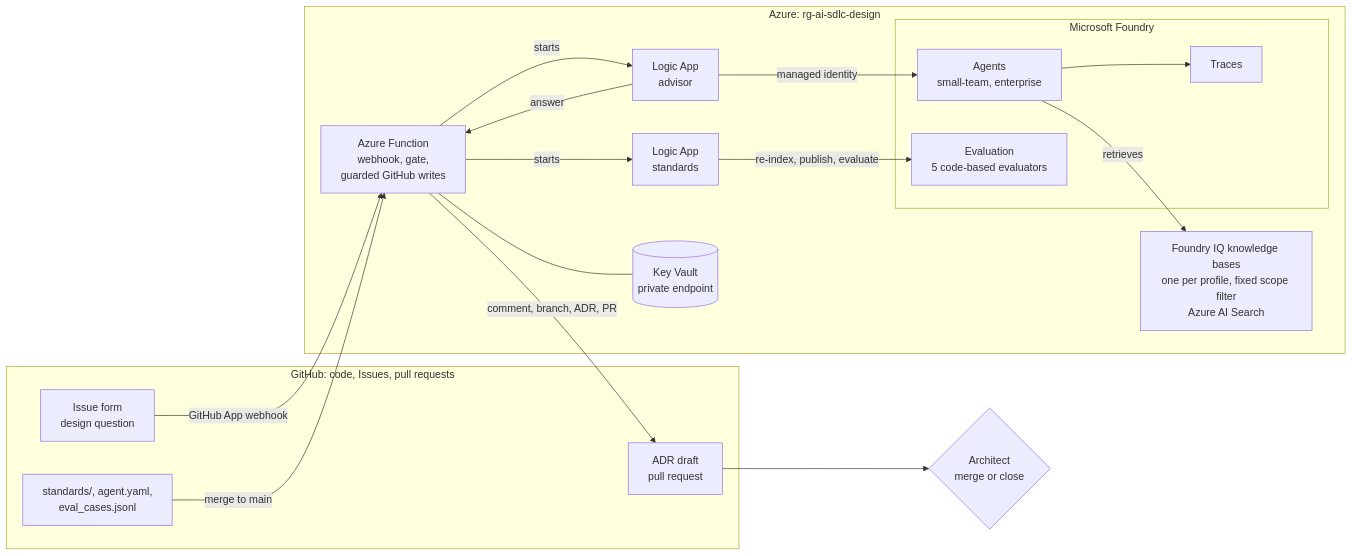
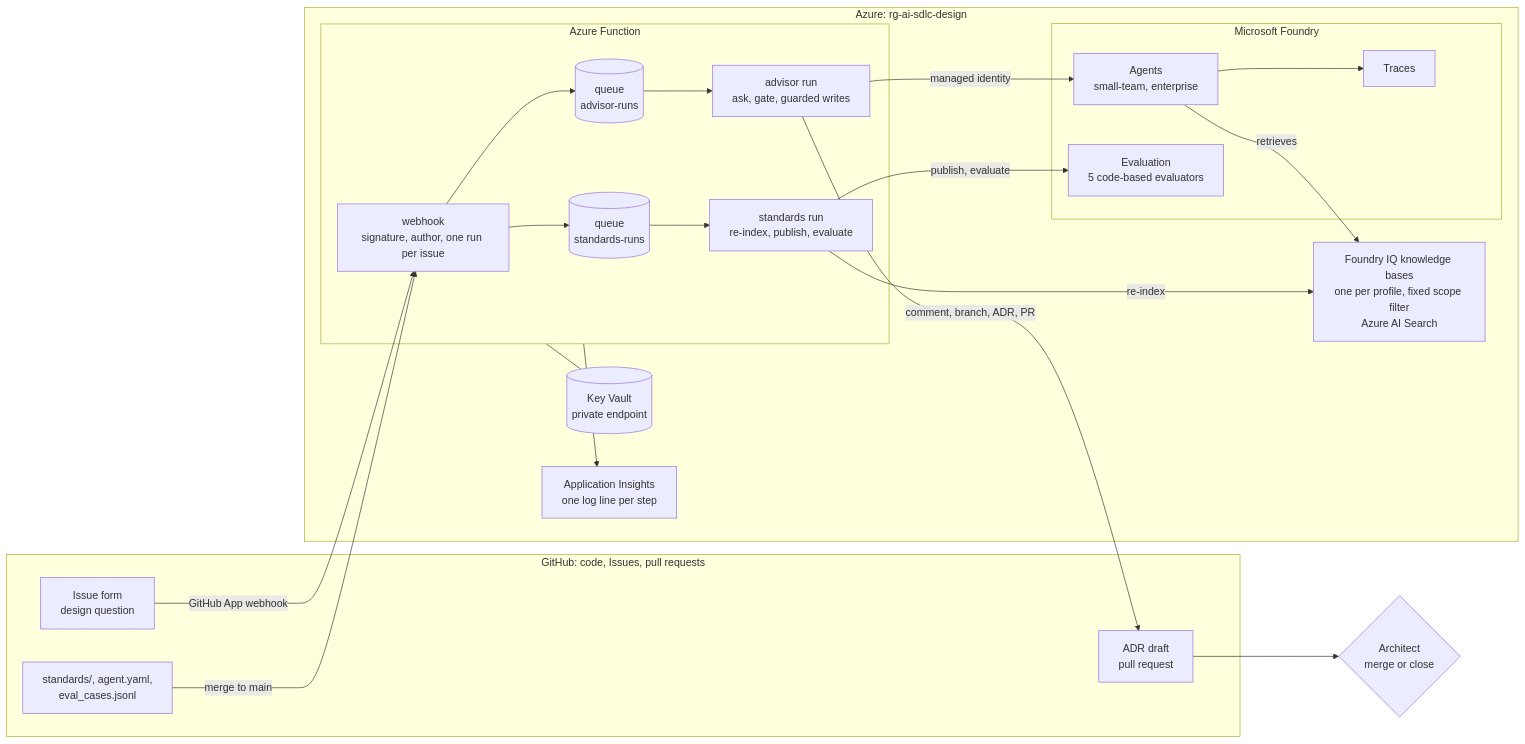
The diagram in solutions/02-design-microsoft/README.md (melabadi/adept-assessment-northstars), drawn with Mermaid before and after one commit. The commit also changed other lines of this file and 29 other files, not shown here.

````diff
--- a/solutions/02-design-microsoft/README.md
+++ b/solutions/02-design-microsoft/README.md
@@ -21,32 +21,38 @@
 ```mermaid
 flowchart LR
   subgraph GH["GitHub: code, Issues, pull requests"]
     Q[Issue form<br/>design question]
     PR[ADR draft<br/>pull request]
     S[standards/, agent.yaml,<br/>eval_cases.jsonl]
   end
   subgraph AZ["Azure: rg-ai-sdlc-design"]
-    F[Azure Function<br/>webhook, gate,<br/>guarded GitHub writes]
-    LA[Logic App<br/>advisor]
-    LS[Logic App<br/>standards]
+    subgraph FN["Azure Function"]
+      W[webhook<br/>signature, author, one run per issue]
+      QA[(queue<br/>advisor-runs)]
+      QS[(queue<br/>standards-runs)]
+      AD[advisor run<br/>ask, gate, guarded writes]
+      ST[standards run<br/>re-index, publish, evaluate]
+    end
     subgraph FDY["Microsoft Foundry"]
       A[Agents<br/>small-team, enterprise]
       E[Evaluation<br/>5 code-based evaluators]
       T[Traces]
     end
     KB[Foundry IQ knowledge bases<br/>one per profile, fixed scope filter<br/>Azure AI Search]
     KV[(Key Vault<br/>private endpoint)]
+    AI[Application Insights<br/>one log line per step]
   end
-  Q -->|GitHub App webhook| F
-  F -->|starts| LA
-  LA -->|managed identity| A
+  Q -->|GitHub App webhook| W
+  W --> QA --> AD
+  AD -->|managed identity| A
   A -->|retrieves| KB
-  LA -->|answer| F
-  F -->|comment, branch, ADR, PR| PR
-  S -->|merge to main| F
-  F -->|starts| LS
-  LS -->|re-index, publish, evaluate| E
+  AD -->|comment, branch, ADR, PR| PR
+  S -->|merge to main| W
+  W --> QS --> ST
+  ST -->|re-index| KB
+  ST -->|publish, evaluate| E
   A --> T
-  F --- KV
+  FN --- KV
+  FN --> AI
   PR --> H{Architect<br/>merge or close}
 ```
````
